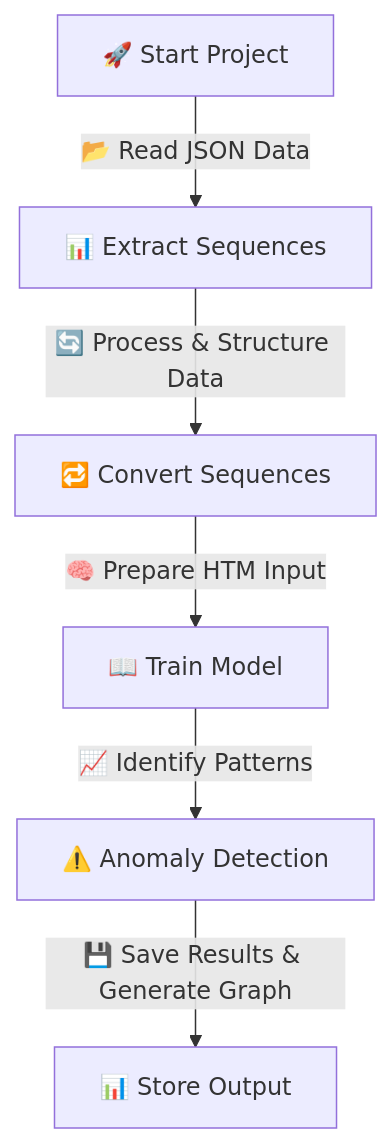
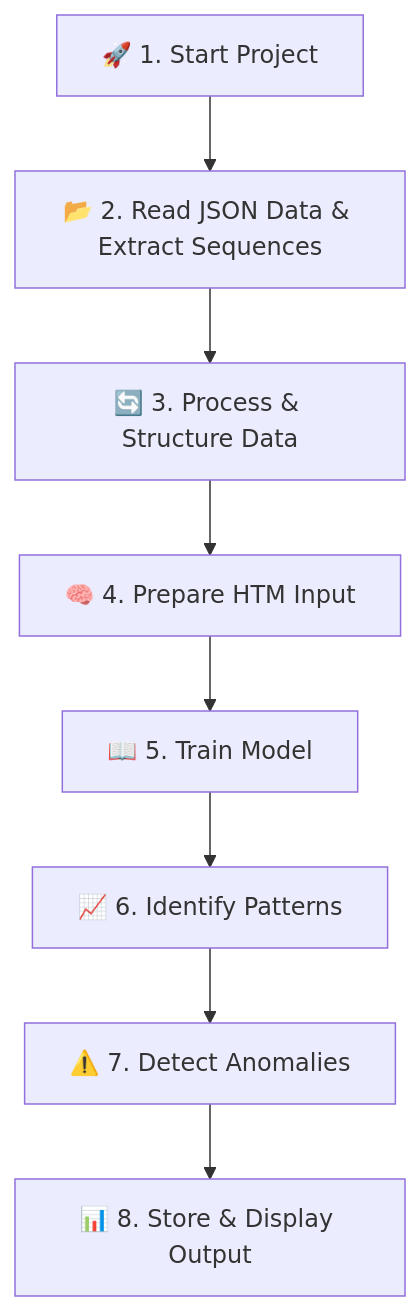
Before and after one commit to mahbubur-r/neocortexapi: the diagram in source/MySEProject/README.md, drawn with Mermaid. The commit also changed other lines of this file, not shown here.

Commit message:
updated readme with results

````diff
--- a/source/MySEProject/README.md
+++ b/source/MySEProject/README.md
@@ -58,8 +58,10 @@
 ```mermaid
 graph TD;
-    Start["🚀 Start Project"] --> |📂 Read JSON Data| ExtractSequences["📊 Extract Sequences"];
-    ExtractSequences --> |🔄 Process & Structure Data| ConvertSequences["🔁 Convert Sequences"];
-    ConvertSequences --> |🧠 Prepare HTM Input| TrainModel["📖 Train Model"];
-    TrainModel --> |📈 Identify Patterns| AnomalyDetection["⚠️ Anomaly Detection"];
-    AnomalyDetection --> |💾 Save Results & Generate Graph| StoreOutput["📊 Store Output"];
+    A["🚀 1. Start Project"] --> B["📂 2. Read JSON Data & Extract Sequences"];
+    B --> C["🔄 3. Process & Structure Data"];
+    C --> D["🧠 4. Prepare HTM Input"];
+    D --> E["📖 5. Train Model"];
+    E --> F["📈 6. Identify Patterns"];
+    F --> G["⚠️ 7. Detect Anomalies"];
+    G --> H["📊 8. Store & Display Output"];
 ```
````
